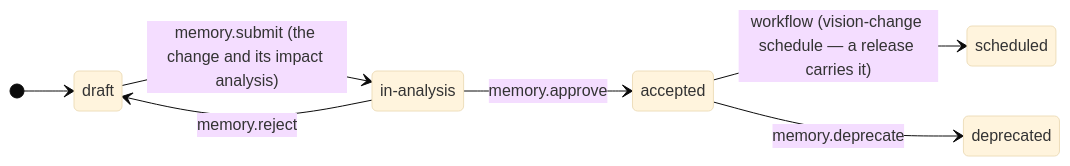
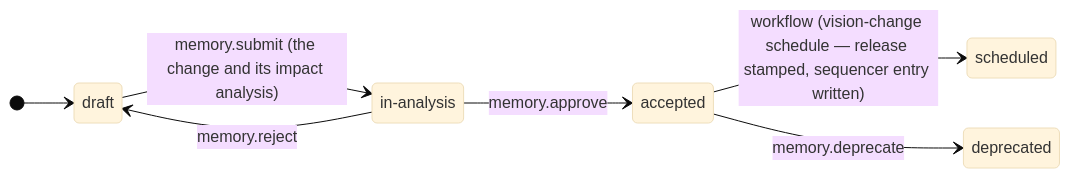
One commit to wingfoil/wingfoil changed diagram 29 of 29 in .wingfoil/WORKFLOW.md. Above: the diagram before and after it, drawn with Mermaid (base theme). The commit also changed other lines of this file and 5 other files, not shown here.

First line of the commit message:
feat(workflow): task-277 — define-scope sweeps scheduled change-proposals into the release's features; schedule stamps release and sequencer only

````diff
--- a/.wingfoil/WORKFLOW.md
+++ b/.wingfoil/WORKFLOW.md
@@ -690,12 +696,12 @@
 ```mermaid
 stateDiagram-v2
     direction LR
     [*] --> draft
     draft --> in_analysis : memory.submit (the change and its impact analysis)
     in_analysis --> accepted : memory.approve
     in_analysis --> draft : memory.reject
-    accepted --> scheduled : workflow (vision-change schedule — a release carries it)
+    accepted --> scheduled : workflow (vision-change schedule — release stamped, sequencer entry written)
     accepted --> deprecated : memory.deprecate
 
     in_analysis : in-analysis
 ```
````
